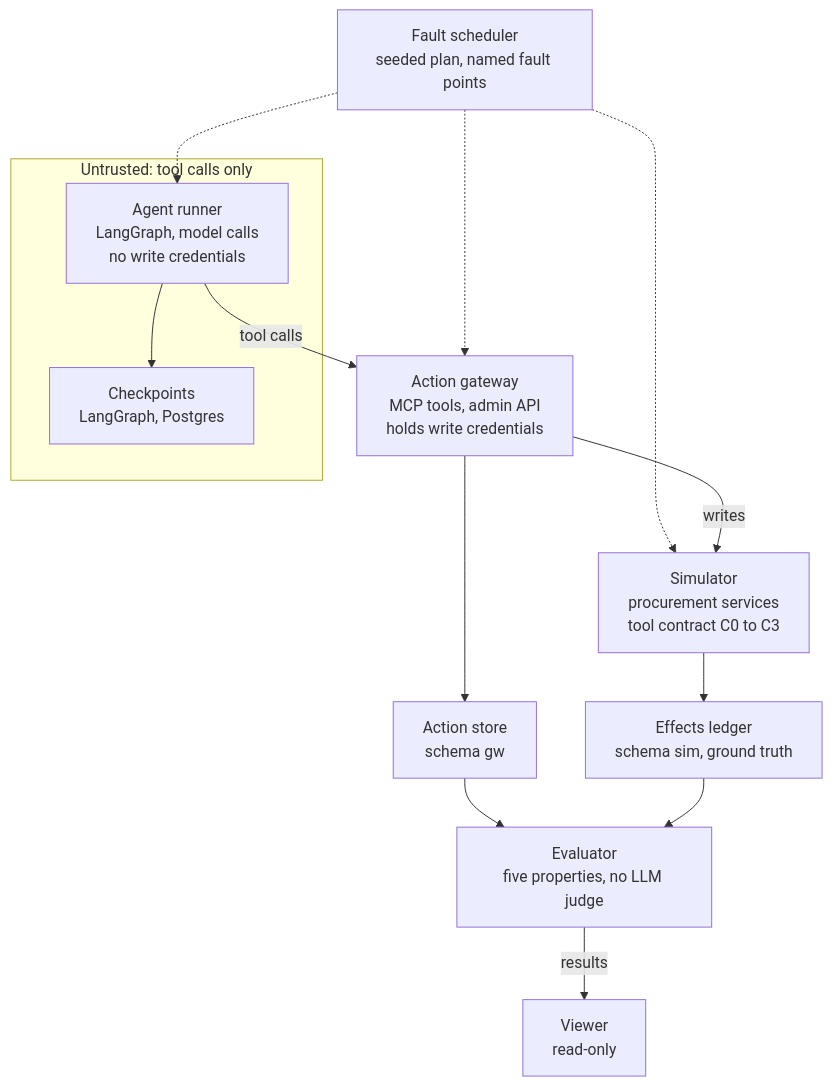
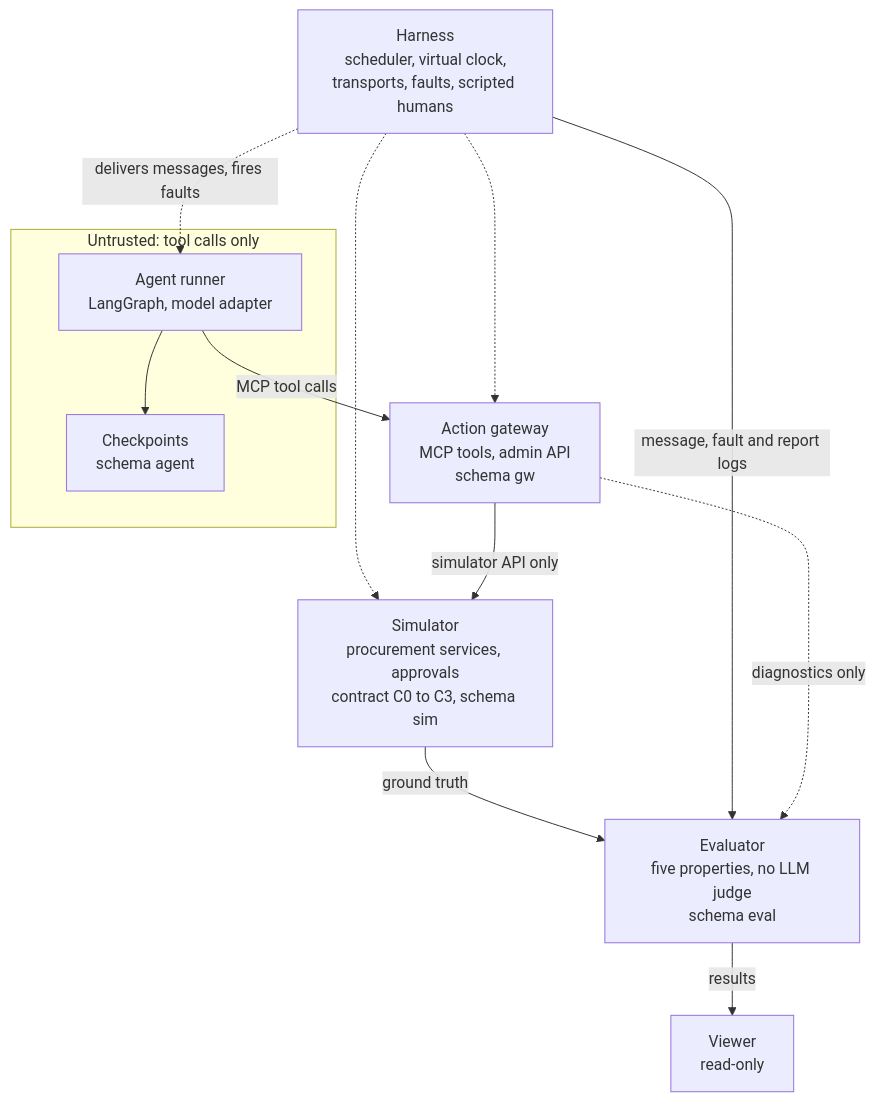
The diagram in docs/spec.md (samrusani/FiveFold), drawn with Mermaid before and after one commit. The commit also changed other lines of this file and 17 other files, not shown here.

````diff
--- a/docs/spec.md
+++ b/docs/spec.md
@@ -9,25 +9,22 @@
 ```mermaid
 flowchart TD
-    FS["Fault scheduler<br/>seeded plan, named fault points"]
     subgraph Untrusted["Untrusted: tool calls only"]
-        A["Agent runner<br/>LangGraph, model calls<br/>no write credentials"]
-        CK["Checkpoints<br/>LangGraph, Postgres"]
+        A["Agent runner<br/>LangGraph, model adapter"]
+        CK["Checkpoints<br/>schema agent"]
     end
-    G["Action gateway<br/>MCP tools, admin API<br/>holds write credentials"]
-    S["Simulator<br/>procurement services<br/>tool contract C0 to C3"]
-    AS["Action store<br/>schema gw"]
-    L["Effects ledger<br/>schema sim, ground truth"]
-    E["Evaluator<br/>five properties, no LLM judge"]
+    H["Harness<br/>scheduler, virtual clock,<br/>transports, faults, scripted humans"]
+    G["Action gateway<br/>MCP tools, admin API<br/>schema gw"]
+    S["Simulator<br/>procurement services, approvals<br/>contract C0 to C3, schema sim"]
+    E["Evaluator<br/>five properties, no LLM judge<br/>schema eval"]
     V["Viewer<br/>read-only"]
-    FS -.-> A
-    FS -.-> G
-    FS -.-> S
-    A -->|tool calls| G
+    H -.->|delivers messages, fires faults| A
+    H -.-> G
+    H -.-> S
+    A -->|MCP tool calls| G
     A --> CK
-    G -->|writes| S
-    G --> AS
-    S --> L
-    AS --> E
-    L --> E
+    G -->|simulator API only| S
+    S -->|ground truth| E
+    H -->|message, fault and report logs| E
+    G -.->|diagnostics only| E
     E -->|results| V
 ```
````
